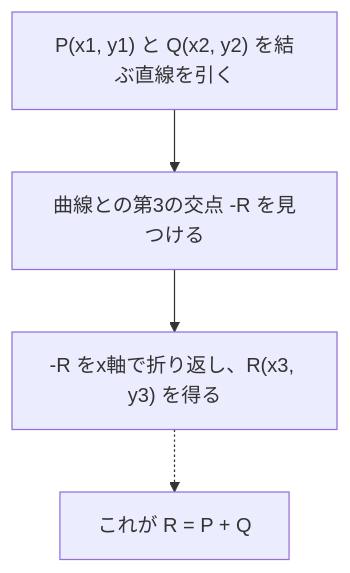
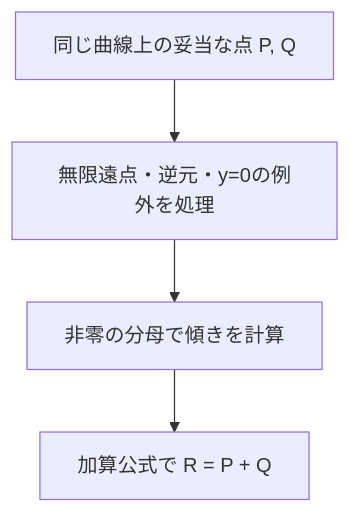
One commit to kenjinote/blog changed the first of 3 diagrams in content/post/楕円曲線暗号の数学的基礎とcppでの実装/index.md. Above: the diagram before and after it, drawn with Mermaid. The commit also changed other lines of this file and 8 other files, not shown here.

````diff
--- a/content/post/楕円曲線暗号の数学的基礎とcppでの実装/index.md
+++ b/content/post/楕円曲線暗号の数学的基礎とcppでの実装/index.md
@@ -113,6 +81,6 @@
 ```mermaid
 graph TD
-    Step1["P(x1, y1) と Q(x2, y2) を結ぶ直線を引く"] --> Step2["曲線との第3の交点 -R を見つける"]
-    Step2 --> Step3["-R をx軸で折り返し、R(x3, y3) を得る"]
-    Step3 -.-> Result["これが R = P + Q"]
+    A["同じ曲線上の妥当な点 P, Q"] --> B["無限遠点・逆元・y=0の例外を処理"]
+    B --> C["非零の分母で傾きを計算"]
+    C --> D["加算公式で R = P + Q"]
 ```
````
